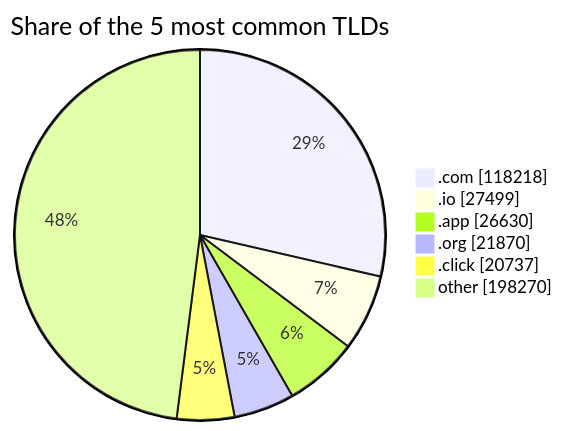
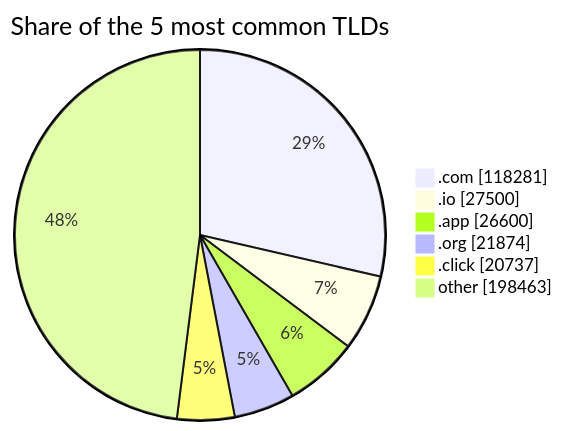
Before and after one commit to DNSBunker/CTI: the third of 3 diagrams in README.md, drawn with Mermaid. The commit also changed other lines of this file and 3 other files, not shown here.

````diff
--- a/README.md
+++ b/README.md
@@ -81,9 +81,9 @@
 ```mermaid
 pie showData title Share of the 5 most common TLDs
-    ".com" : 118218
-    ".io" : 27499
-    ".app" : 26630
-    ".org" : 21870
+    ".com" : 118281
+    ".io" : 27500
+    ".app" : 26600
+    ".org" : 21874
     ".click" : 20737
-    "other" : 198270
+    "other" : 198463
 ```
````
